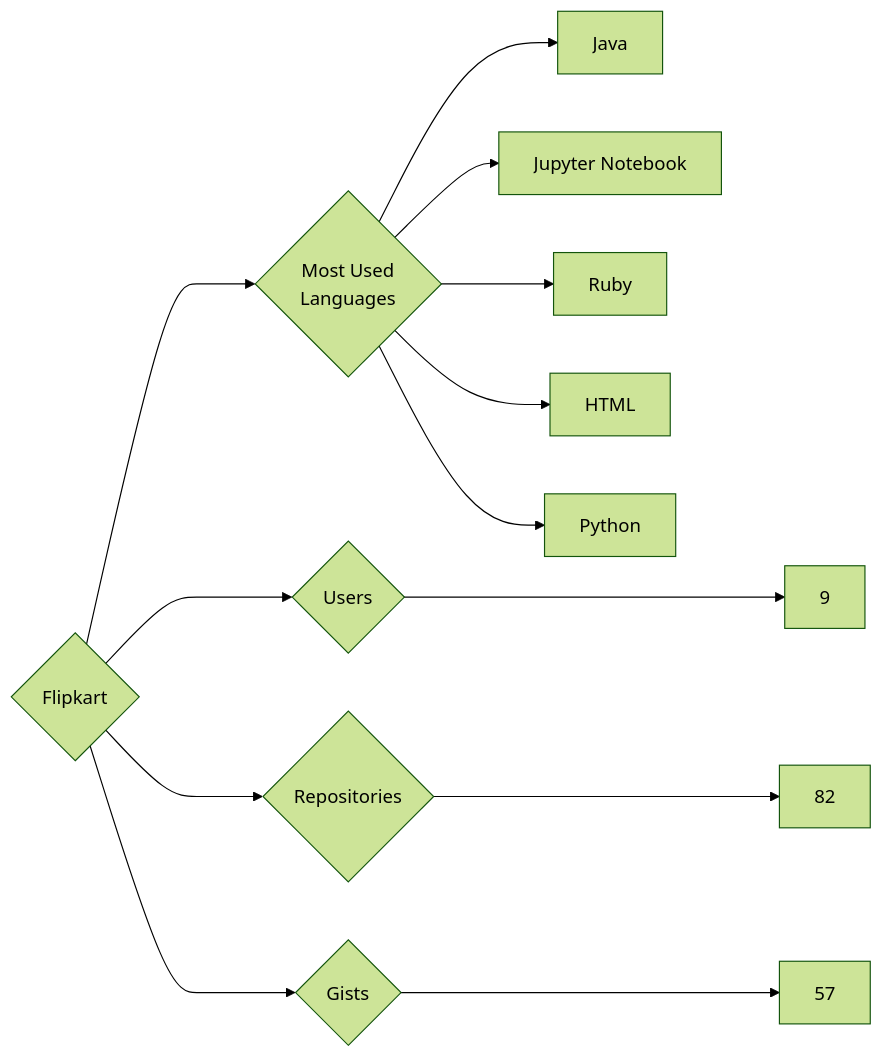
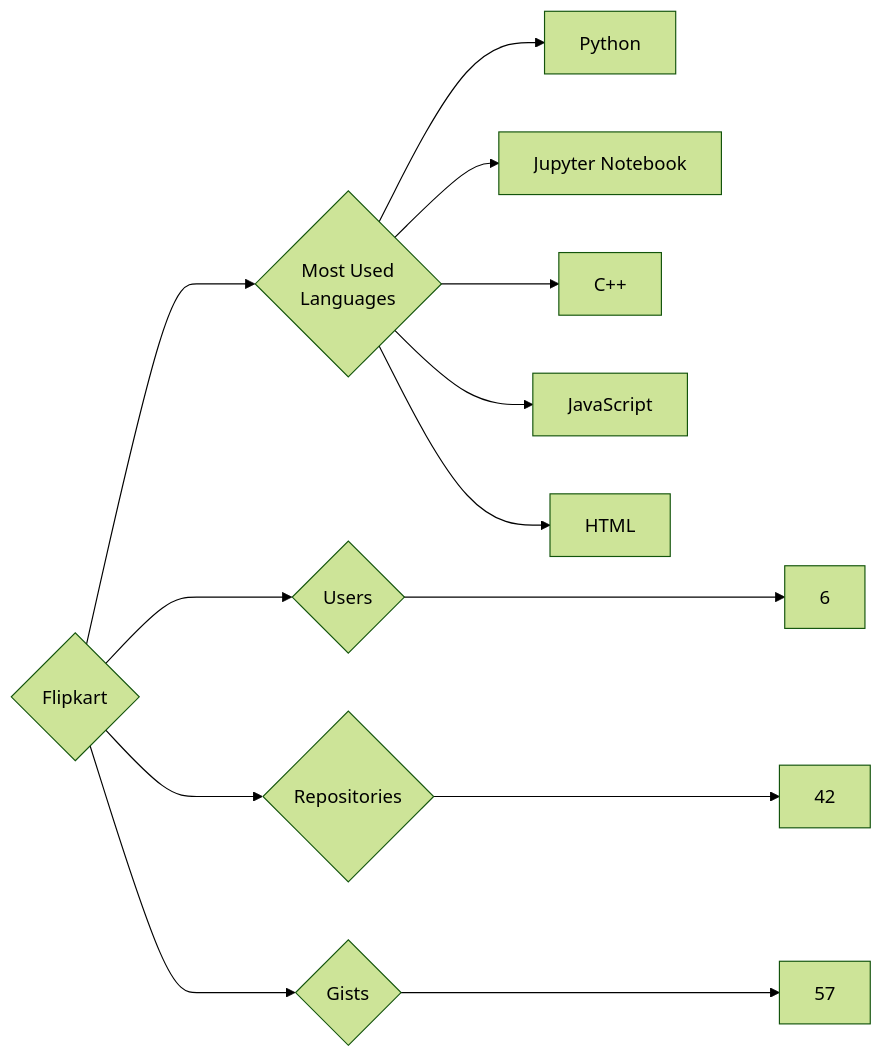
One commit to trickest/insiders changed the diagram in targets/Flipkart/README.md. Above: the diagram before and after it, drawn with Mermaid (forest theme). The commit also changed 998 other files, not shown here.

````diff
--- a/targets/Flipkart/README.md
+++ b/targets/Flipkart/README.md
@@ -3,13 +3,13 @@
 ```mermaid
 graph LR
 COMPANY_NAME{Flipkart}
-COMPANY_NAME ---> U{Users} ---> UN[9]
-COMPANY_NAME ---> R{Repositories} ---> RN[82]
+COMPANY_NAME ---> U{Users} ---> UN[6]
+COMPANY_NAME ---> R{Repositories} ---> RN[42]
 COMPANY_NAME ---> G{Gists} ---> GN[57]
 COMPANY_NAME ---> ML{Most Used<br>Languages}
-ML --> Java[Java]
+ML --> Python[Python]
 ML --> Jupyter_Notebook[Jupyter Notebook]
-ML --> Ruby[Ruby]
+ML --> C++[C++]
+ML --> JavaScript[JavaScript]
 ML --> HTML[HTML]
-ML --> Python[Python]
 ```
````
